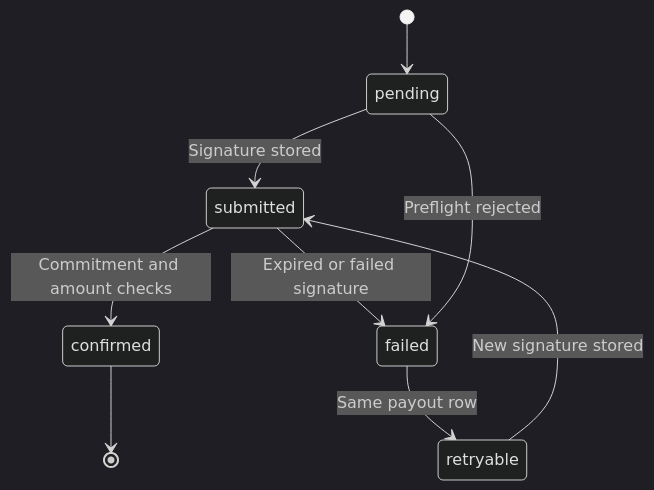
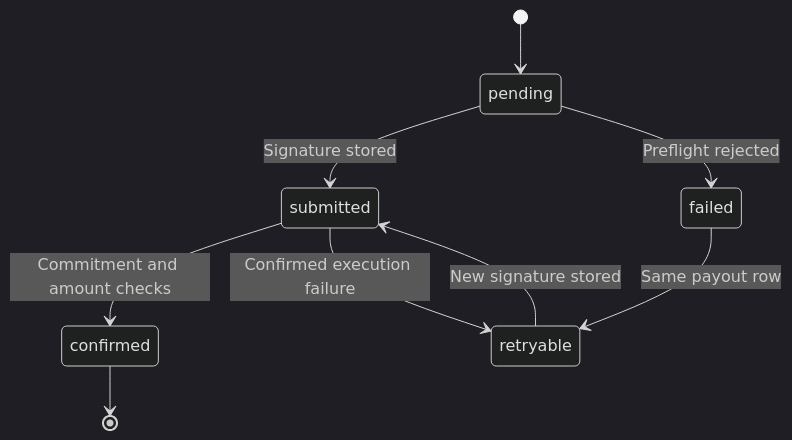
One commit to ShenSandaru/SolversBounty changed the second of 2 diagrams in docs/architecture/BLOCKCHAIN_DESIGN.md. Above: the diagram before and after it, drawn with Mermaid (dark theme). The commit also changed other lines of this file and 16 other files, not shown here.

````diff
--- a/docs/architecture/BLOCKCHAIN_DESIGN.md
+++ b/docs/architecture/BLOCKCHAIN_DESIGN.md
@@ -169,11 +169,11 @@
 ```mermaid
 stateDiagram-v2
   [*] --> pending
   pending --> submitted: Signature stored
   submitted --> confirmed: Commitment and amount checks
-  submitted --> failed: Expired or failed signature
+  submitted --> retryable: Confirmed execution failure
   pending --> failed: Preflight rejected
   failed --> retryable: Same payout row
   retryable --> submitted: New signature stored
   confirmed --> [*]
 ```
````
